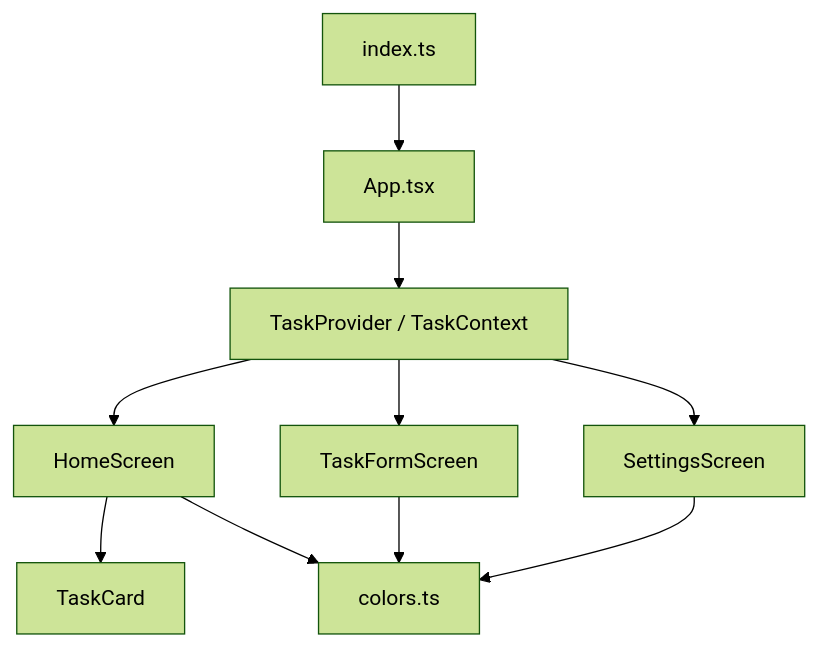
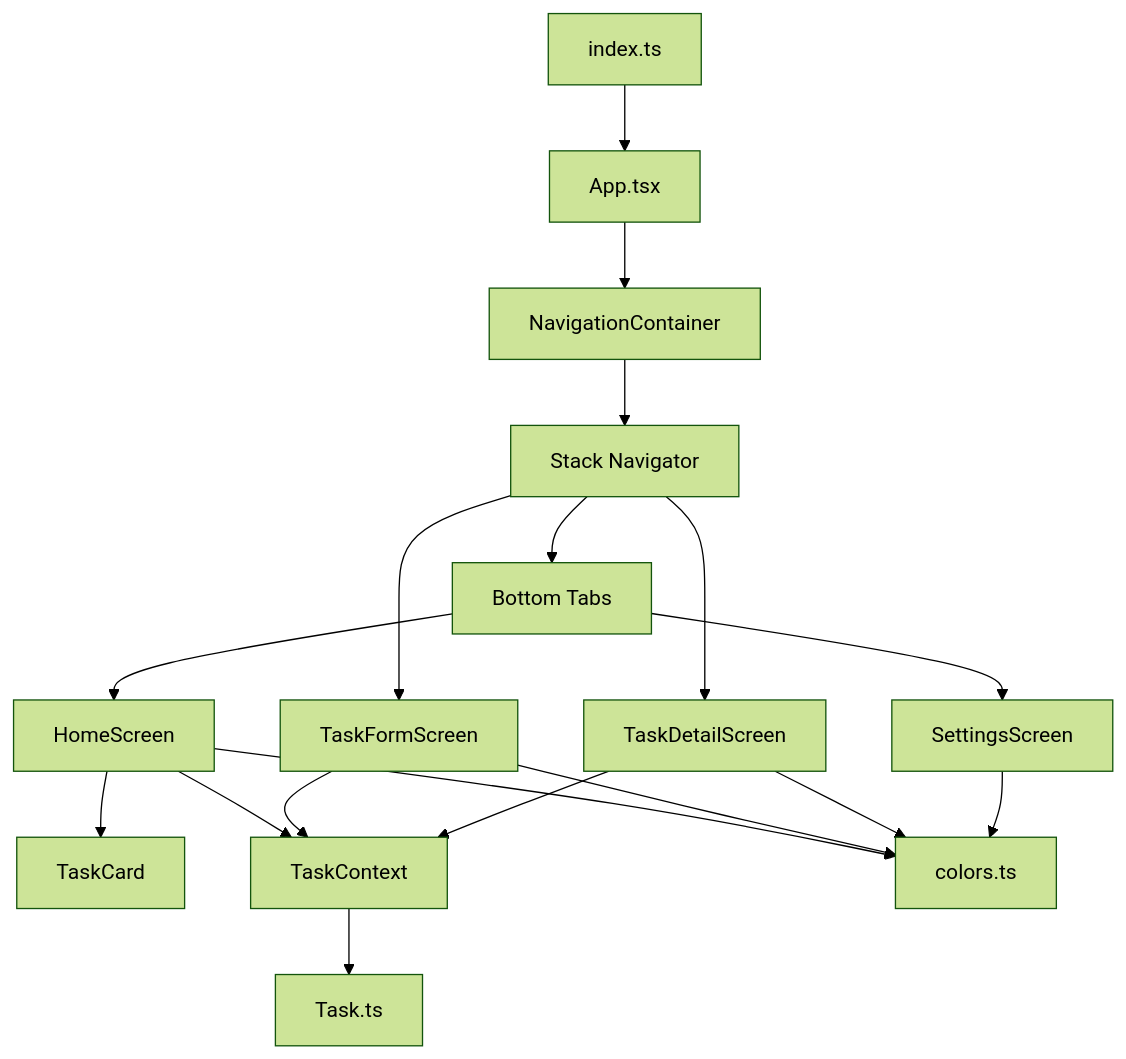
One commit to alessandergr/GestordeTareas changed the diagram in README.md. Above: the diagram before and after it, drawn with Mermaid (forest theme). The commit also changed other lines of this file, not shown here.

````diff
--- a/README.md
+++ b/README.md
@@ -142,12 +262,39 @@
 ```mermaid
 flowchart TD
-    A[index.ts] --> B[App.tsx]
-    B --> C[TaskProvider / TaskContext]
-    C --> D[HomeScreen]
-    C --> E[TaskFormScreen]
-    C --> F[SettingsScreen]
-    D --> G[TaskCard]
-    D --> H[colors.ts]
-    E --> H
-    F --> H
+
+A[index.ts]
+
+A --> B[App.tsx]
+
+B --> C[NavigationContainer]
+
+C --> D[Stack Navigator]
+
+D --> E[Bottom Tabs]
+
+E --> F[HomeScreen]
+
+E --> G[SettingsScreen]
+
+D --> H[TaskFormScreen]
+
+D --> I[TaskDetailScreen]
+
+F --> J[TaskCard]
+
+F --> K[TaskContext]
+
+H --> K
+
+I --> K
+
+K --> L[Task.ts]
+
+F --> M[colors.ts]
+
+H --> M
+
+I --> M
+
+G --> M
 ```
````
